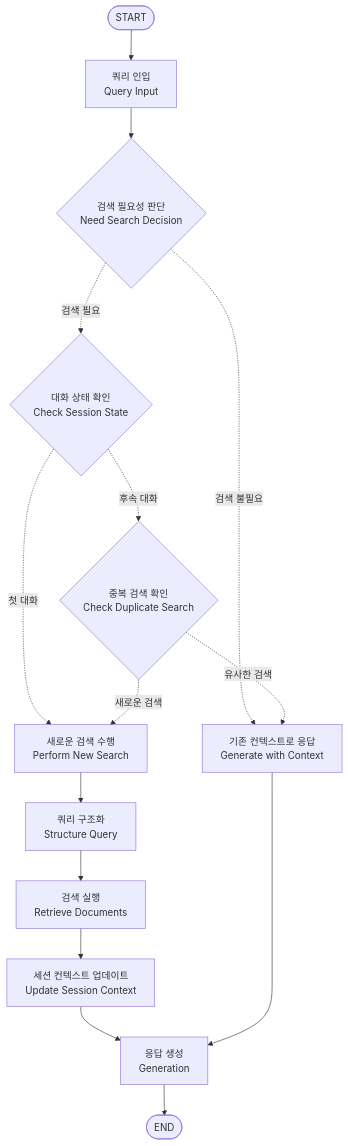
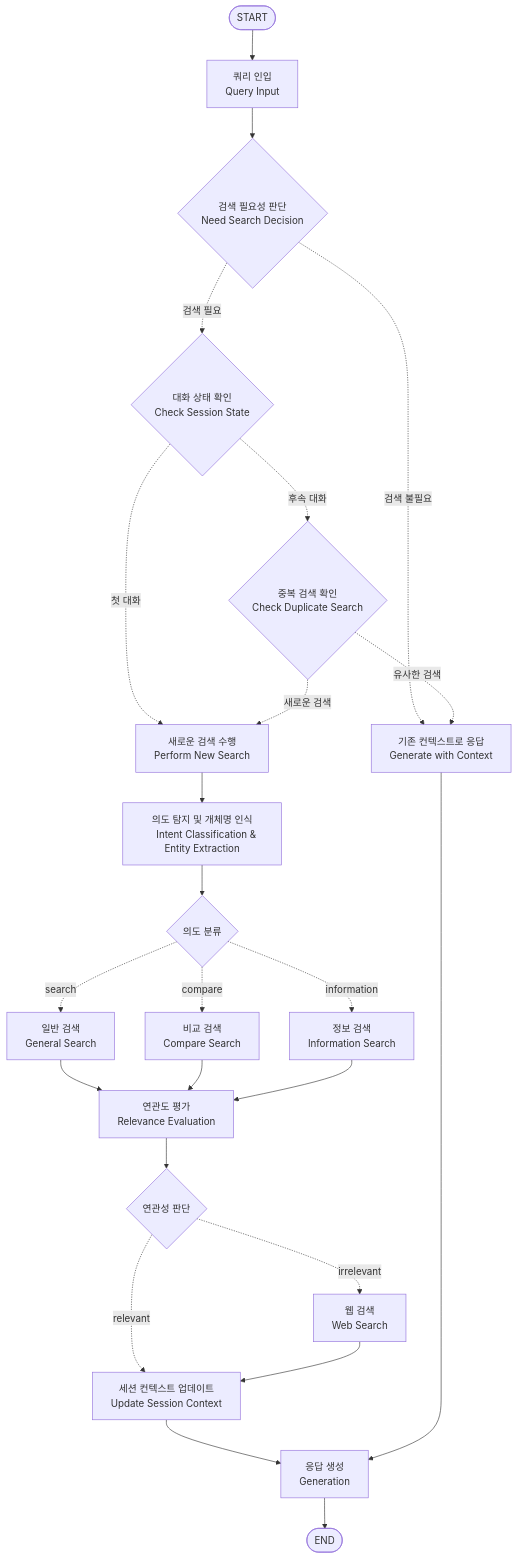
The diagram in README.md (yainage90/restaurant-search-llm-agent), drawn with Mermaid before and after one commit. The commit also changed other lines of this file, not shown here.

Commit message:
의도 분류 및 개체명인식 추가로 인한 문서 업데이트

````diff
--- a/README.md
+++ b/README.md
@@ -80,27 +80,40 @@
 ```mermaid
 flowchart TD
     A([START]) --> B[쿼리 인입
     Query Input]
     B --> C{검색 필요성 판단
     Need Search Decision}
     C -.->|"검색 필요"| D{대화 상태 확인
     Check Session State}
-    C -.->|"검색 불필요"| K[기존 컨텍스트로 응답
+    C -.->|"검색 불필요"| L[기존 컨텍스트로 응답
     Generate with Context]
     D -.->|"첫 대화"| E[새로운 검색 수행
     Perform New Search]
     D -.->|"후속 대화"| F{중복 검색 확인
     Check Duplicate Search}
-    F -.->|"유사한 검색"| K
+    F -.->|"유사한 검색"| L
     F -.->|"새로운 검색"| E
-    E --> G[쿼리 구조화
-    Structure Query]
-    G --> H[검색 실행
-    Retrieve Documents]
-    H --> I[세션 컨텍스트 업데이트
+    E --> G[의도 탐지 및 개체명 인식
+    Intent Classification & Entity Extraction]
+    G --> P{의도 분류}
+    P -.->|"search"| H1[일반 검색
+    General Search]
+    P -.->|"compare"| H2[비교 검색
+    Compare Search]
+    P -.->|"information"| H3[정보 검색
+    Information Search]
+    H1 --> I[연관도 평가
+    Relevance Evaluation]
+    H2 --> I
+    H3 --> I
+    I --> N{연관성 판단}
+    N -.->|"relevant"| J[세션 컨텍스트 업데이트
     Update Session Context]
-    I --> J[응답 생성
+    N -.->|"irrelevant"| O[웹 검색
+    Web Search]
+    O --> J
+    J --> K[응답 생성
     Generation]
-    K --> J
-    J --> L([END])
+    L --> K
+    K --> M([END])
 ```
````
